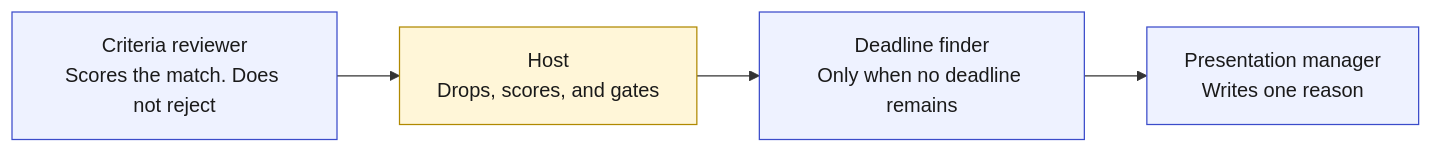
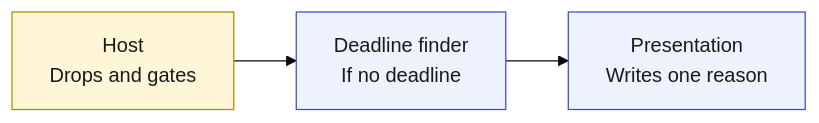
The fourth of 5 diagrams in README.md (samueldotrung03/BearRok), drawn with Mermaid before and after one commit. The commit also changed other lines of this file, not shown here.

````diff
--- a/README.md
+++ b/README.md
@@ -82,8 +97,9 @@
 ```mermaid
+%%{init: {"theme": "base", "themeVariables": {"fontFamily": "Arial, sans-serif", "fontSize": "16px"}}}%%
 flowchart LR
-  cr["Criteria reviewer<br/>Scores the match. Does not reject"] --> h4["Host<br/>Drops, scores, and gates"] --> df["Deadline finder<br/>Only when no deadline remains"] --> pr["Presentation manager<br/>Writes one reason"]
+  h4["Host<br/>Drops and gates"] --> df["Deadline finder<br/>If no deadline"] --> pr["Presentation<br/>Writes one reason"]
   classDef host fill:#fff6d8,stroke:#b08900,color:#1a1a1a
   classDef agent fill:#eef2ff,stroke:#3b4cca,color:#1a1a1a
   class h4 host
-  class cr,df,pr agent
+  class df,pr agent
 ```
````
